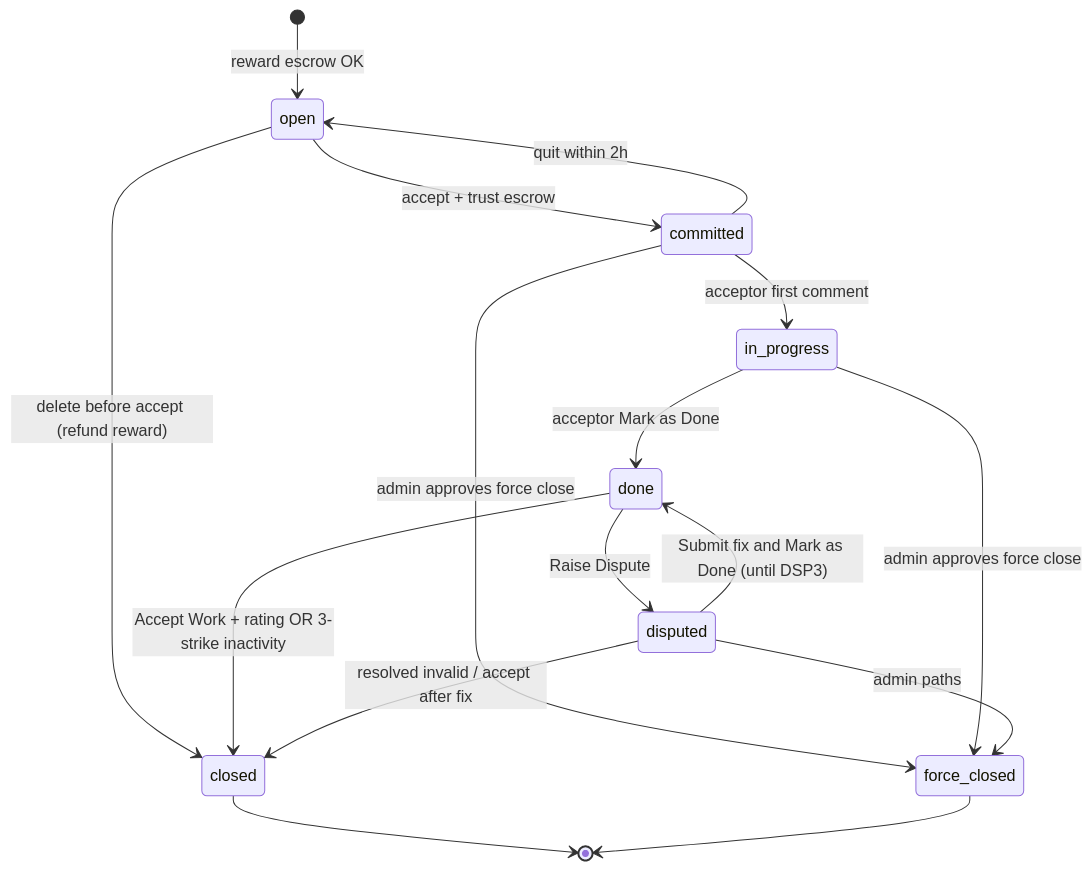
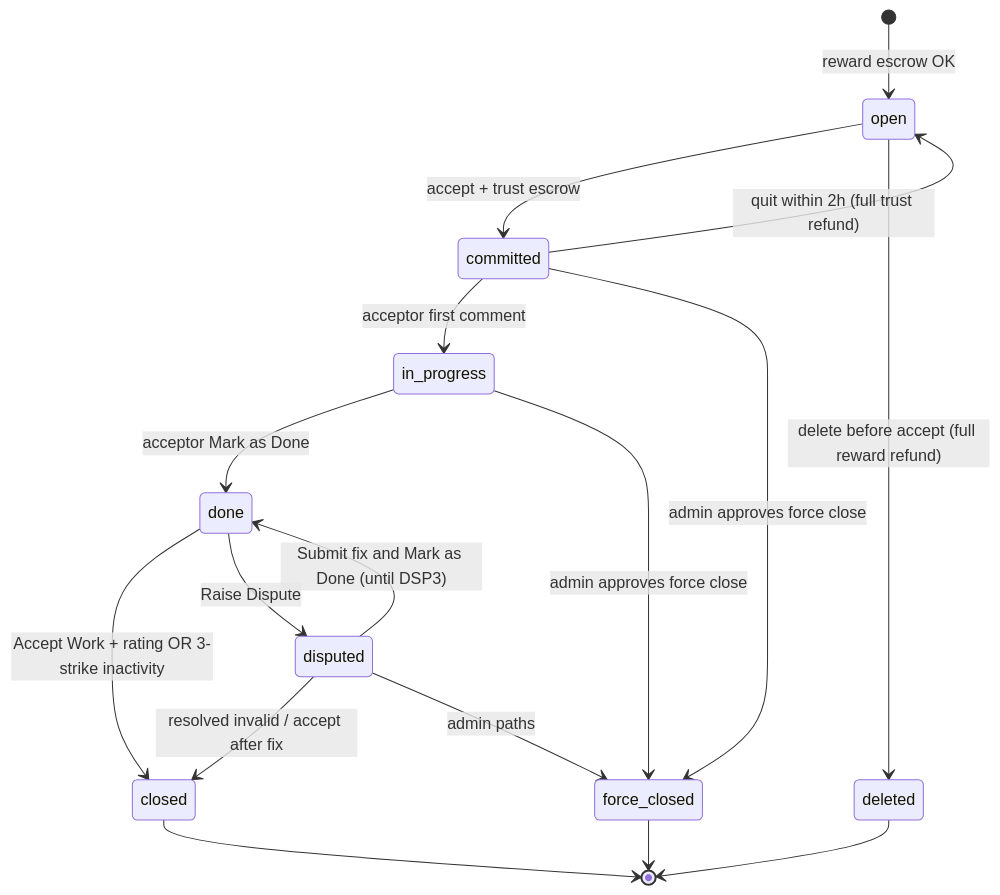
The diagram in docs/PRODUCT-WORKFLOW.md (bhavish2002/reliyo-full), drawn with Mermaid before and after one commit. The commit also changed other lines of this file and 40 other files, not shown here.

````diff
--- a/docs/PRODUCT-WORKFLOW.md
+++ b/docs/PRODUCT-WORKFLOW.md
@@ -199,18 +200,19 @@
 ```mermaid
 stateDiagram-v2
   [*] --> open: reward escrow OK
   open --> committed: accept + trust escrow
-  open --> closed: delete before accept (refund reward)
+  open --> deleted: delete before accept (full reward refund)
   committed --> in_progress: acceptor first comment
-  committed --> open: quit within 2h
+  committed --> open: quit within 2h (full trust refund)
   committed --> force_closed: admin approves force close
   in_progress --> done: acceptor Mark as Done
   in_progress --> force_closed: admin approves force close
   done --> closed: Accept Work + rating OR 3-strike inactivity
   done --> disputed: Raise Dispute
   disputed --> done: Submit fix and Mark as Done (until DSP3)
   disputed --> closed: resolved invalid / accept after fix
   disputed --> force_closed: admin paths
   closed --> [*]
   force_closed --> [*]
+  deleted --> [*]
 ```
````
